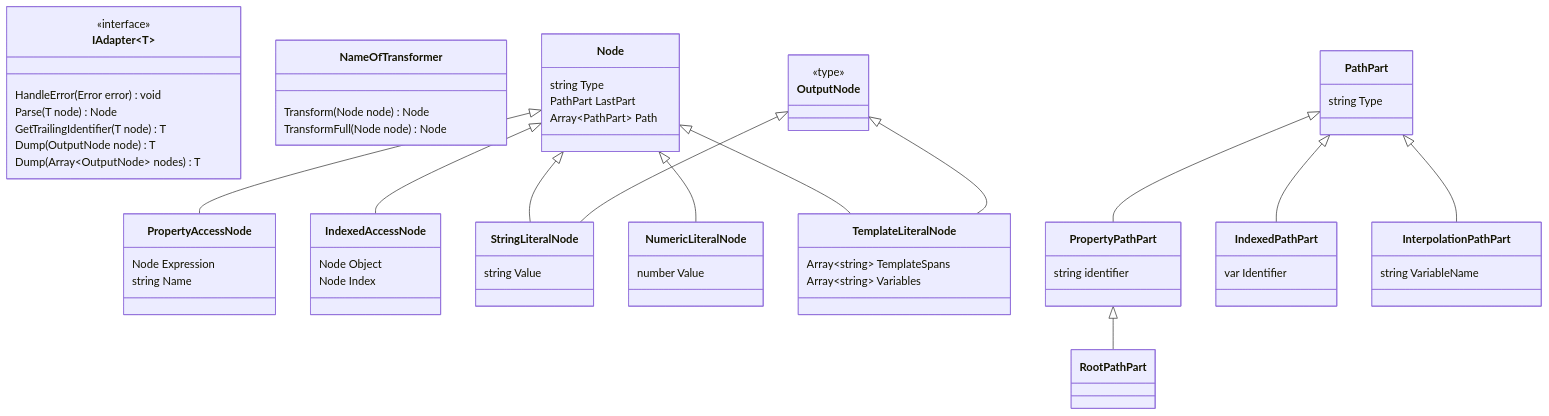
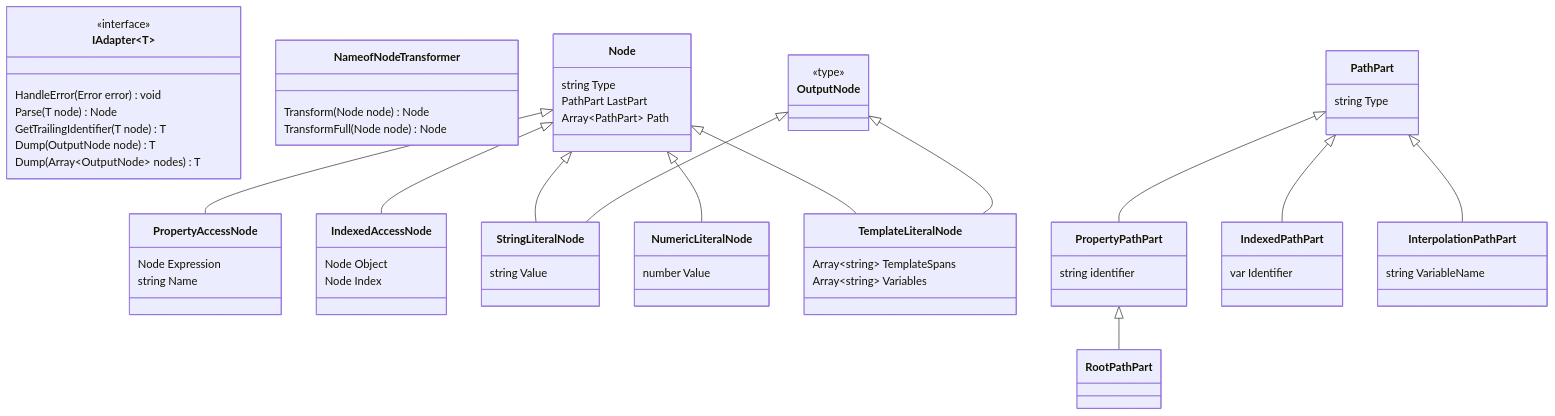
The second of 2 diagrams in ClassDiagram.md (typescript-nameof/nameof), drawn with Mermaid before and after one commit. The commit also changed 6 other files, not shown here.

Commit message:
Rename `nameof`  node transformer

````diff
--- a/ClassDiagram.md
+++ b/ClassDiagram.md
@@ -86,82 +86,82 @@
 ```mermaid
 classDiagram
     class IAdapter~T~ {
         <<interface>>
         HandleError(Error error) void
         Parse(T node) Node
         GetTrailingIdentifier(T node) T
         Dump(OutputNode node) T
         Dump(Array~OutputNode~ nodes) T
     }
 
-    class NameOfTransformer {
+    class NameofNodeTransformer {
         Transform(Node node) Node
         TransformFull(Node node) Node
     }
 
     class Node {
         string Type
         PathPart LastPart
         Array~PathPart~ Path
     }
 
     class PropertyAccessNode {
         Node Expression
         string Name
     }
 
     class IndexedAccessNode {
         Node Object
         Node Index
     }
 
     class StringLiteralNode {
         string Value
     }
 
     class NumericLiteralNode {
         number Value
     }
 
     class TemplateLiteralNode {
         Array~string~ TemplateSpans
         Array~string~ Variables
     }
 
     class OutputNode {
         <<type>>
     }
 
     class PathPart {
         string Type
     }
 
     class RootPathPart {
     }
 
     class PropertyPathPart {
         string identifier
     }
 
     class IndexedPathPart {
         var Identifier
     }
 
     class InterpolationPathPart {
         string VariableName
     }
 
     Node <|-- IndexedAccessNode
     Node <|-- PropertyAccessNode
     Node <|-- StringLiteralNode
     Node <|-- NumericLiteralNode
     Node <|-- TemplateLiteralNode
 
     OutputNode <|-- StringLiteralNode
     OutputNode <|-- TemplateLiteralNode
 
     PathPart <|-- PropertyPathPart
     PropertyPathPart <|-- RootPathPart
     PathPart <|-- IndexedPathPart
     PathPart <|-- InterpolationPathPart
 ```
````
